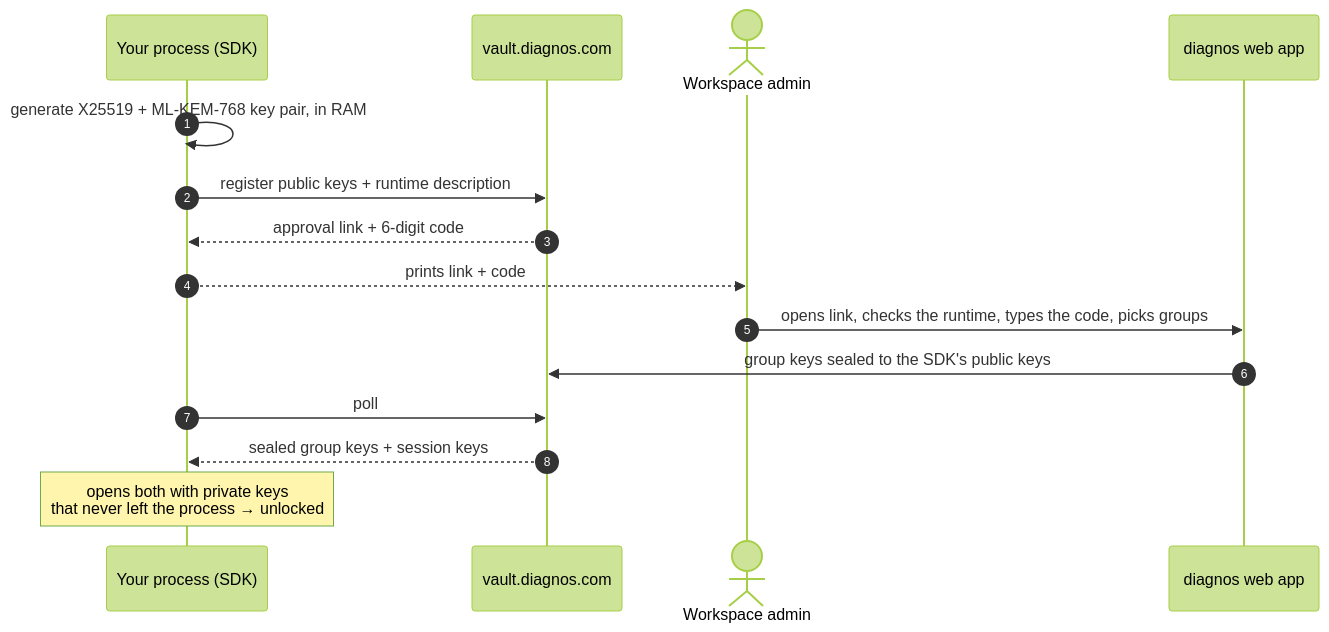
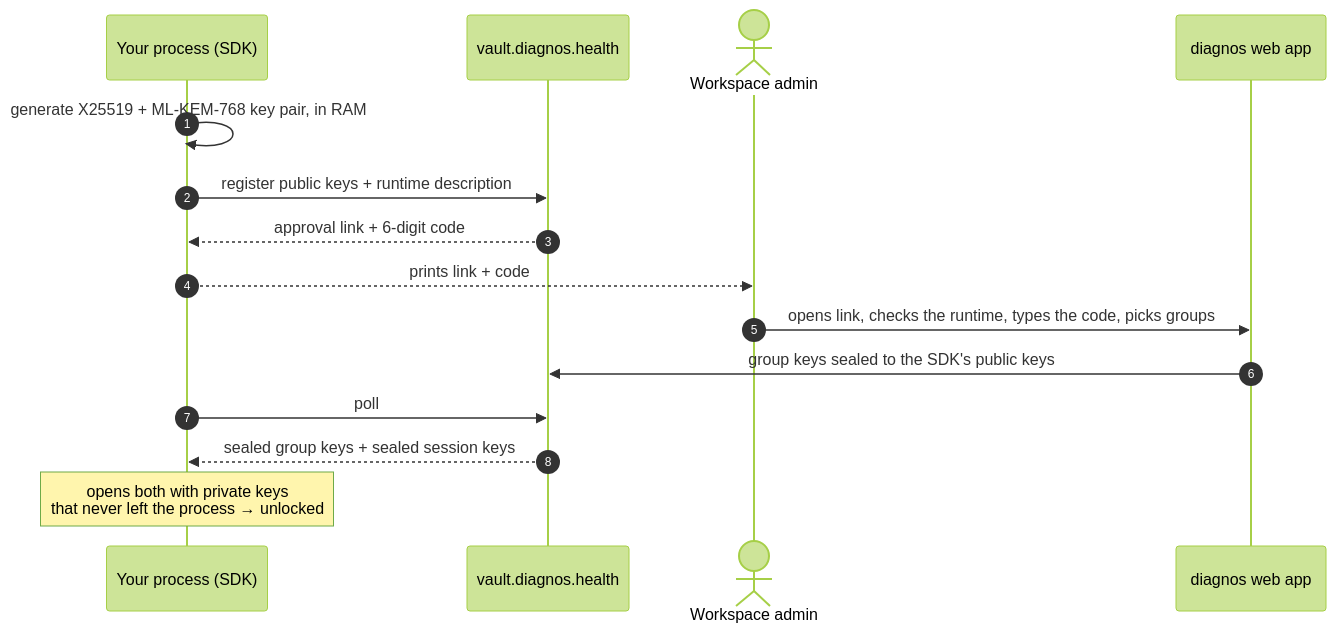
Before and after one commit to diagnos-tech/integration: the first of 2 diagrams in README.md, drawn with Mermaid (forest theme). The commit also changed other lines of this file and 8 other files, not shown here.

````diff
--- a/README.md
+++ b/README.md
@@ -98,18 +85,18 @@
 ```mermaid
 sequenceDiagram
     autonumber
     participant P as Your process (SDK)
-    participant V as vault.diagnos.com
+    participant V as vault.diagnos.health
     actor A as Workspace admin
     participant W as diagnos web app
 
     P->>P: generate X25519 + ML-KEM-768 key pair, in RAM
     P->>V: register public keys + runtime description
     V-->>P: approval link + 6-digit code
     P-->>A: prints link + code
     A->>W: opens link, checks the runtime, types the code, picks groups
     W->>V: group keys sealed to the SDK's public keys
     P->>V: poll
-    V-->>P: sealed group keys + session keys
+    V-->>P: sealed group keys + sealed session keys
     Note over P: opens both with private keys<br/>that never left the process → unlocked
 ```
````
